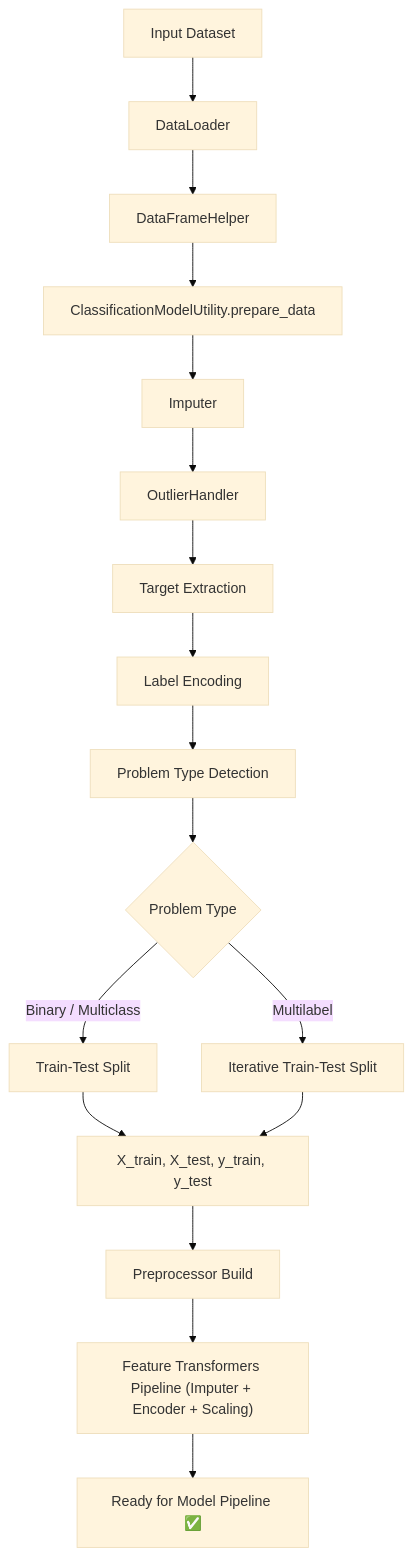
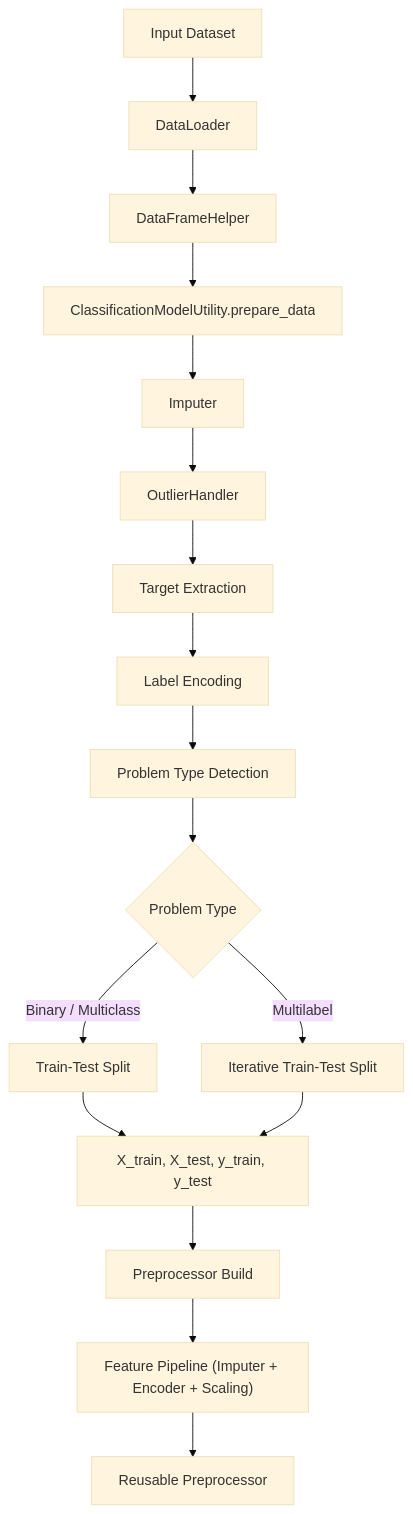
The first of 4 diagrams in lib/utility/machinelearning/facade/CLASSIFICATIONMODELUTILITY.md (abhinavssingh/python-learnings), drawn with Mermaid (base theme) before and after one commit. The commit also changed other lines of this file and 13 other files, not shown here.

````diff
--- a/lib/utility/machinelearning/facade/CLASSIFICATIONMODELUTILITY.md
+++ b/lib/utility/machinelearning/facade/CLASSIFICATIONMODELUTILITY.md
@@ -26,29 +40,29 @@
 ```mermaid
 flowchart TD
     A[Input Dataset] --> B[DataLoader]
     B --> C[DataFrameHelper]
 
     C --> D[ClassificationModelUtility.prepare_data]
 
     D --> E[Imputer]
     E --> F[OutlierHandler]
 
     F --> G[Target Extraction]
 
     G --> H[Label Encoding]
     H --> I[Problem Type Detection]
 
     I --> J{Problem Type}
 
     J -->|Binary / Multiclass| K[Train-Test Split]
     J -->|Multilabel| L[Iterative Train-Test Split]
 
     K --> M[X_train, X_test, y_train, y_test]
     L --> M
 
     M --> N[Preprocessor Build]
 
-    N --> O["Feature Transformers Pipeline (Imputer + Encoder + Scaling)"]
+    N --> O["Feature Pipeline (Imputer + Encoder + Scaling)"]
 
-    O --> P[Ready for Model Pipeline ✅]
+    O --> P[Reusable Preprocessor]
 ```
````
